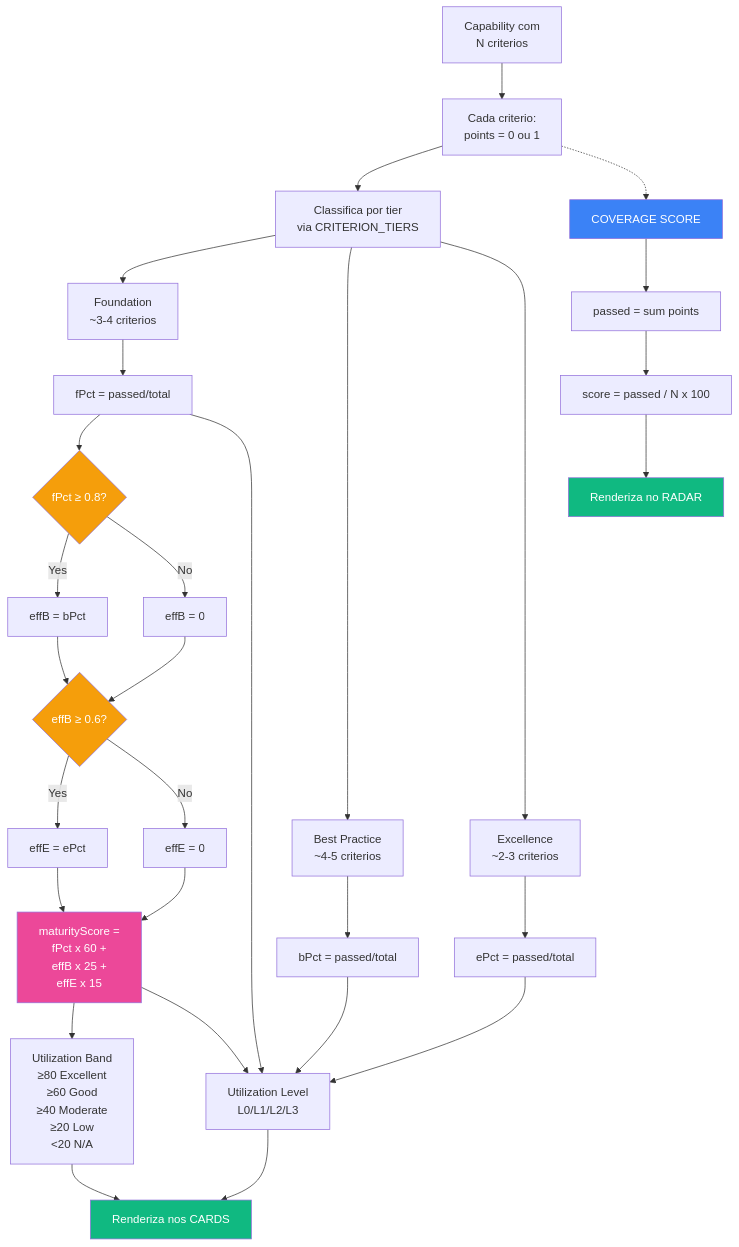
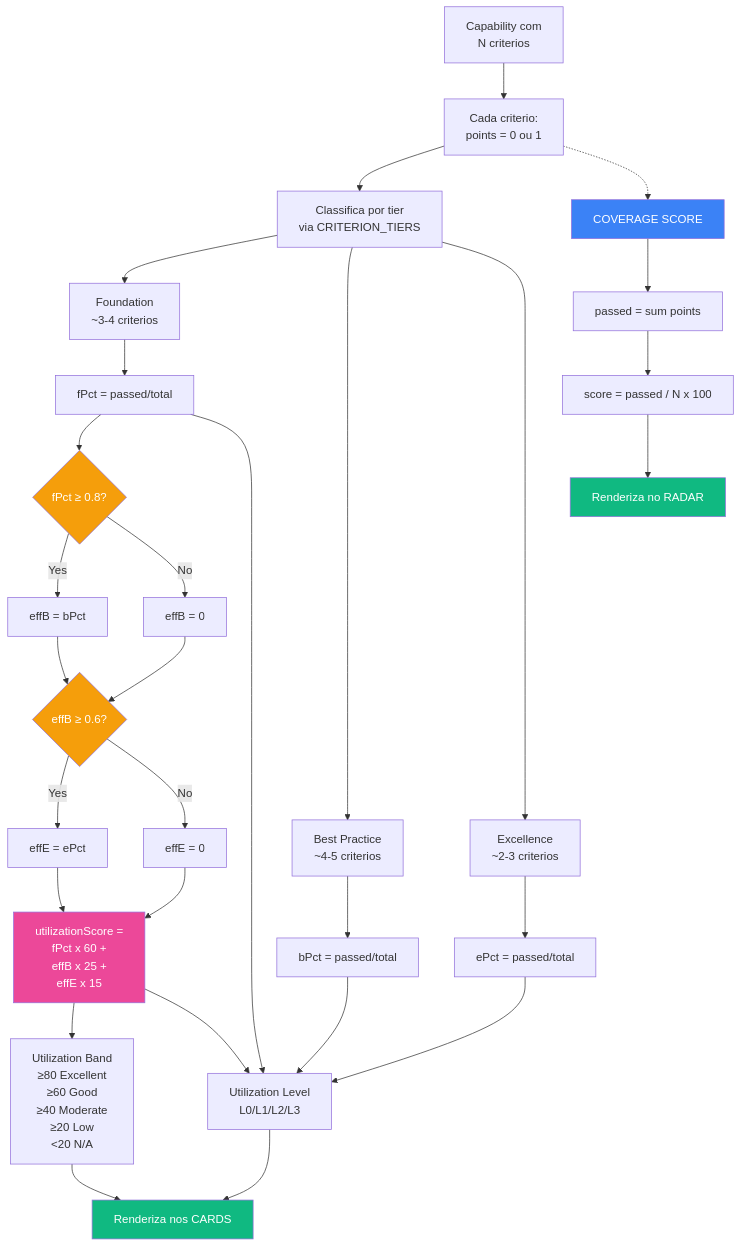
Before and after one commit to mbdccoletta/Pulse-Assessment-App: the fourth of 10 diagrams in docs/ARCHITECTURE-DIAGRAM.md, drawn with Mermaid. The commit also changed 34 other files, not shown here.

````diff
--- a/docs/ARCHITECTURE-DIAGRAM.md
+++ b/docs/ARCHITECTURE-DIAGRAM.md
@@ -176,47 +176,47 @@
 ```mermaid
 flowchart TD
     A[Capability com<br/>N criterios] --> B[Cada criterio:<br/>points = 0 ou 1]
 
     B --> C[Classifica por tier<br/>via CRITERION_TIERS]
     C --> D[Foundation<br/>~3-4 criterios]
     C --> E[Best Practice<br/>~4-5 criterios]
     C --> F[Excellence<br/>~2-3 criterios]
 
     B -.-> G[COVERAGE SCORE]
     G --> H[passed = sum points]
     H --> I[score = passed / N x 100]
     I --> J[Renderiza no RADAR]
 
     D --> K[fPct = passed/total]
     E --> L[bPct = passed/total]
     F --> M[ePct = passed/total]
 
     K --> N{fPct ≥ 0.8?}
     N -->|Yes| O[effB = bPct]
     N -->|No| P[effB = 0]
 
     O --> Q{effB ≥ 0.6?}
     P --> Q
     Q -->|Yes| R[effE = ePct]
     Q -->|No| S[effE = 0]
 
-    R --> T[maturityScore =<br/>fPct x 60 +<br/>effB x 25 +<br/>effE x 15]
+    R --> T[utilizationScore =<br/>fPct x 60 +<br/>effB x 25 +<br/>effE x 15]
     S --> T
 
     T --> U[Utilization Band<br/>≥80 Excellent<br/>≥60 Good<br/>≥40 Moderate<br/>≥20 Low<br/>&lt;20 N/A]
     T --> V[Utilization Level<br/>L0/L1/L2/L3]
 
     K --> V
     L --> V
     M --> V
 
     V --> W[Renderiza nos CARDS]
     U --> W
 
     style G fill:#3B82F6,color:#fff
     style T fill:#EC4899,color:#fff
     style N fill:#F59E0B,color:#fff
     style Q fill:#F59E0B,color:#fff
     style J fill:#10B981,color:#fff
     style W fill:#10B981,color:#fff
 ```
````
